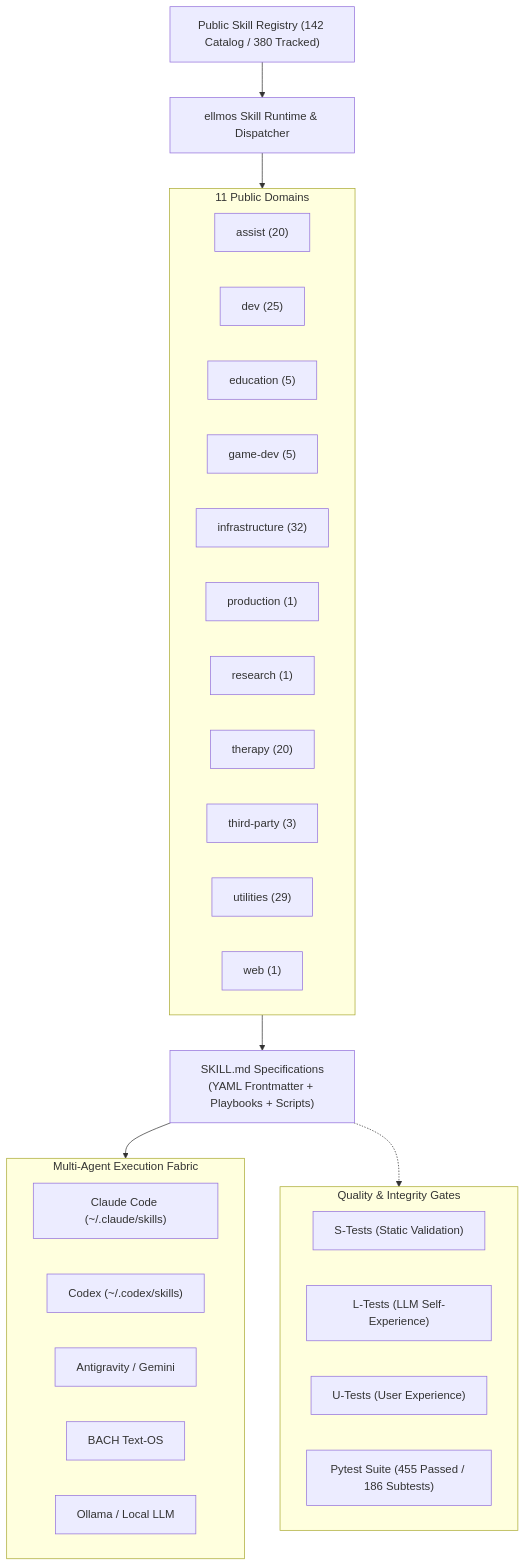
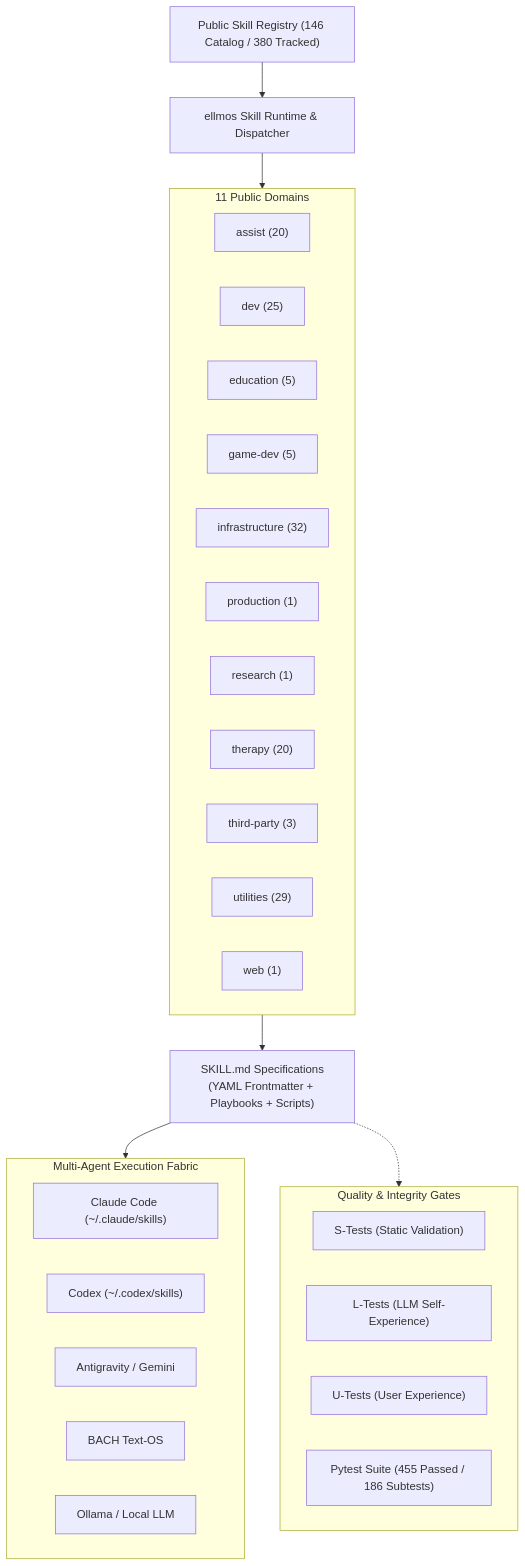
The first of 2 diagrams in README.md (ellmos-ai/skills), drawn with Mermaid before and after one commit. The commit also changed other lines of this file and 38 other files, not shown here.

````diff
--- a/README.md
+++ b/README.md
@@ -76,40 +76,40 @@
 ```mermaid
 flowchart TD
-    Registry["Public Skill Registry (142 Catalog / 380 Tracked)"] --> Engine["ellmos Skill Runtime & Dispatcher"]
+    Registry["Public Skill Registry (146 Catalog / 380 Tracked)"] --> Engine["ellmos Skill Runtime & Dispatcher"]
     
     subgraph Catalog ["11 Public Domains"]
         Assist["assist (20)"]
         Dev["dev (25)"]
         Edu["education (5)"]
         Game["game-dev (5)"]
         Infra["infrastructure (32)"]
         Prod["production (1)"]
         Res["research (1)"]
         Therapy["therapy (20)"]
         ThirdParty["third-party (3)"]
         Utils["utilities (29)"]
         Web["web (1)"]
     end
     
     Engine --> Catalog
     Catalog --> Artifacts["SKILL.md Specifications<br/>(YAML Frontmatter + Playbooks + Scripts)"]
     
     subgraph MultiAgentRuntimes ["Multi-Agent Execution Fabric"]
         ClaudeCode["Claude Code (~/.claude/skills)"]
         Codex["Codex (~/.codex/skills)"]
         AGY["Antigravity / Gemini"]
         BACH["BACH Text-OS"]
         LocalOllama["Ollama / Local LLM"]
     end
     
     Artifacts --> MultiAgentRuntimes
     
     subgraph QualityGates ["Quality & Integrity Gates"]
         STests["S-Tests (Static Validation)"]
         LTests["L-Tests (LLM Self-Experience)"]
         UTests["U-Tests (User Experience)"]
         PytestSuite["Pytest Suite (455 Passed / 186 Subtests)"]
     end
     
     Artifacts -.-> QualityGates
 ```
````
